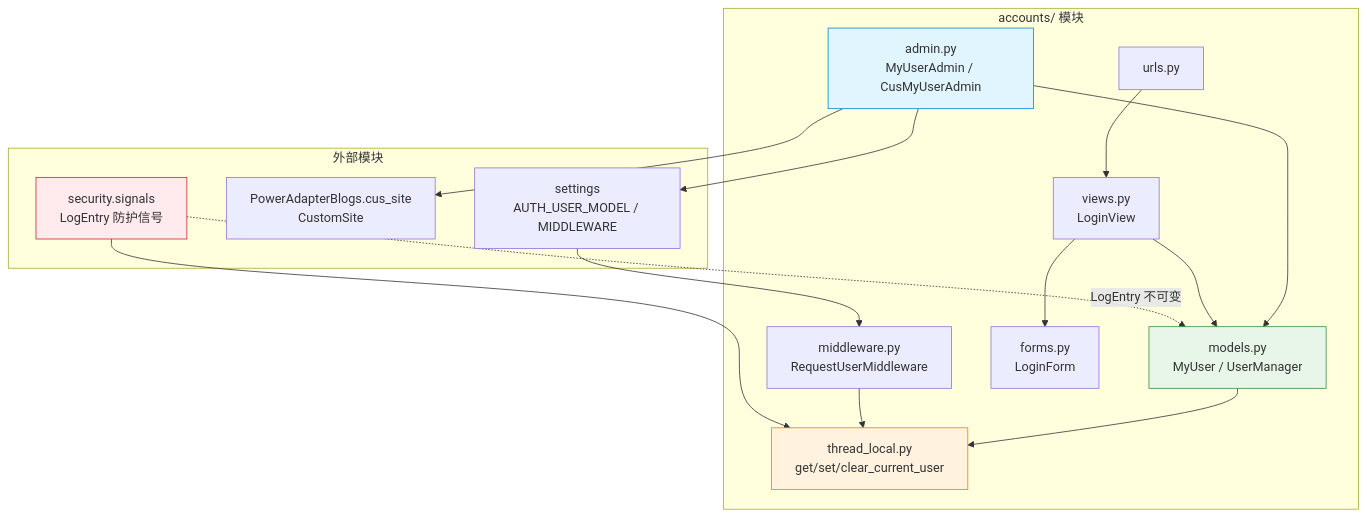
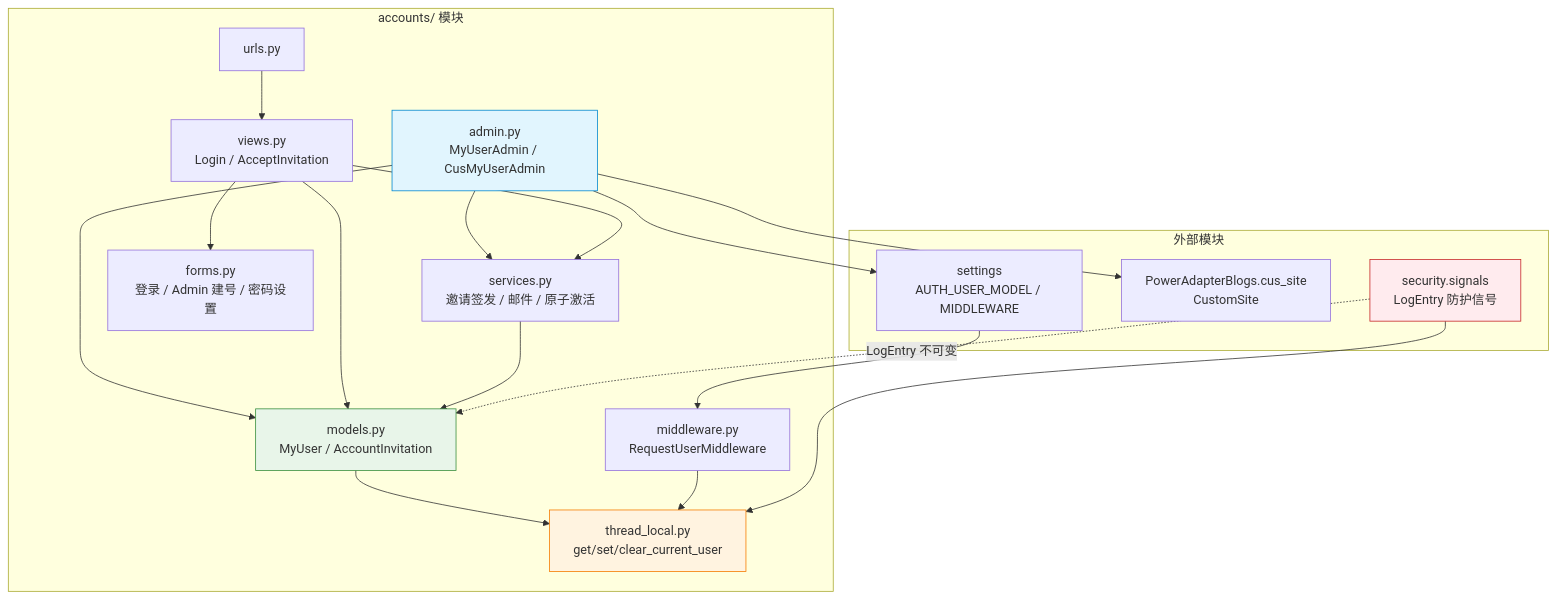
One commit to se-veN714/PowerAdapterBlogs changed the fifth of 6 diagrams in accounts/DEVELOPMENT.md. Above: the diagram before and after it, drawn with Mermaid. The commit also changed other lines of this file and 23 other files, not shown here.

Commit message:
docs: consolidate guides and update v2 roadmap

````diff
--- a/accounts/DEVELOPMENT.md
+++ b/accounts/DEVELOPMENT.md
@@ -496,39 +499,43 @@
 ```mermaid
 flowchart TD
     subgraph external["外部模块"]
         SET["settings<br/>AUTH_USER_MODEL / MIDDLEWARE"]
         CUS["PowerAdapterBlogs.cus_site<br/>CustomSite"]
         SEC_SIG["security.signals<br/>LogEntry 防护信号"]
     end
 
     subgraph accounts["accounts/ 模块"]
-        MODELS["models.py<br/>MyUser / UserManager"]
+        MODELS["models.py<br/>MyUser / AccountInvitation"]
+        SERVICES["services.py<br/>邀请签发 / 邮件 / 原子激活"]
         THREAD["thread_local.py<br/>get/set/clear_current_user"]
         MIDDLEWARE["middleware.py<br/>RequestUserMiddleware"]
         ADMIN["admin.py<br/>MyUserAdmin / CusMyUserAdmin"]
-        VIEWS["views.py<br/>LoginView"]
-        FORMS["forms.py<br/>LoginForm"]
+        VIEWS["views.py<br/>Login / AcceptInvitation"]
+        FORMS["forms.py<br/>登录 / Admin 建号 / 密码设置"]
         URLS["urls.py"]
     end
 
     MODELS --> THREAD
     MIDDLEWARE --> THREAD
     SET --> MIDDLEWARE
 
     ADMIN --> MODELS
+    ADMIN --> SERVICES
     ADMIN --> CUS
     ADMIN --> SET
 
     VIEWS --> FORMS
     VIEWS --> MODELS
+    VIEWS --> SERVICES
+    SERVICES --> MODELS
 
     URLS --> VIEWS
 
     SEC_SIG --> THREAD
     SEC_SIG -.->|"LogEntry 不可变"| MODELS
 
     style MODELS fill:#e8f5e9,stroke:#388e3c
     style THREAD fill:#fff3e0,stroke:#f57c00
     style ADMIN fill:#e1f5fe,stroke:#0288d1
     style SEC_SIG fill:#ffebee,stroke:#c62828
 ```
````
